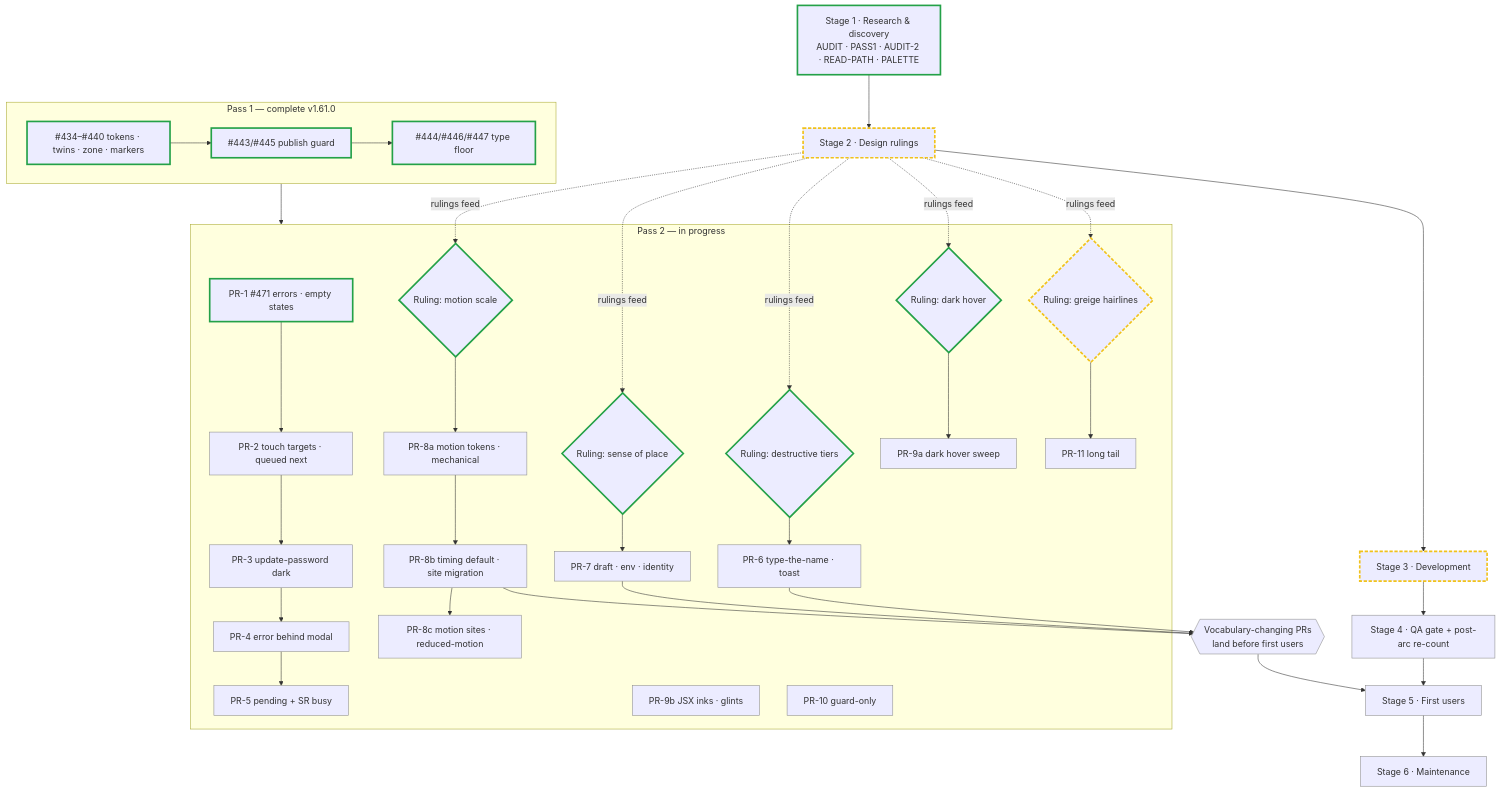
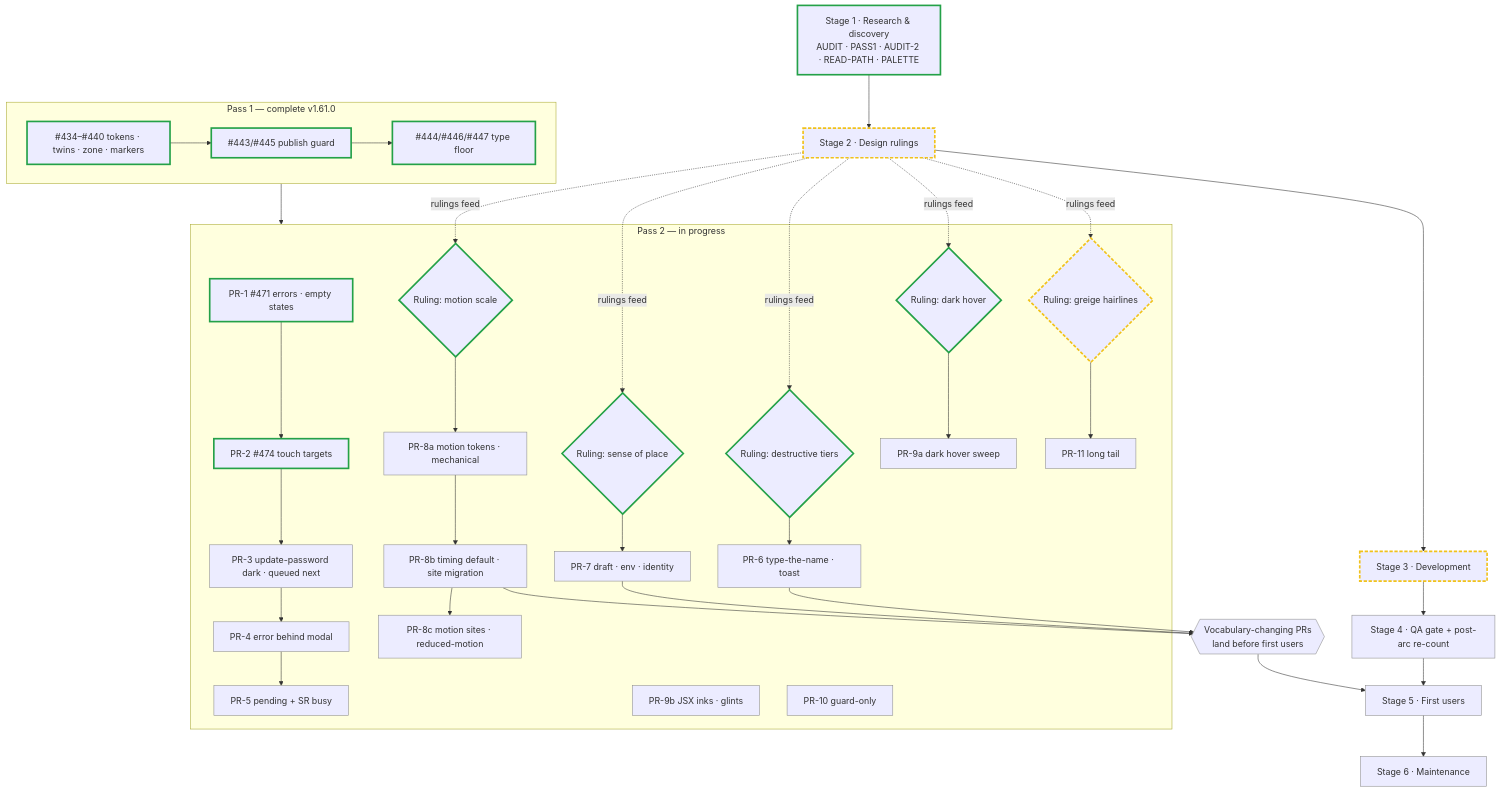
Before and after one commit to pmeglaw/seat-planner: the diagram in docs/design-system/PLAN.md, drawn with Mermaid. The commit also changed other lines of this file and 20 other files, not shown here.

First line of the commit message:
fix(a11y): 44px touch targets off the map canvas (PR-2, F-SP-4) (#474)

````diff
--- a/docs/design-system/PLAN.md
+++ b/docs/design-system/PLAN.md
@@ -13,39 +13,39 @@
 ```mermaid
 flowchart TD
   classDef done stroke-width:3px,stroke:#24a148
   classDef wip stroke-width:3px,stroke-dasharray:6 3,stroke:#f1c21b
   classDef todo stroke-width:1px,stroke:#8d8d8d
 
   S1[Stage 1 · Research & discovery<br/>AUDIT · PASS1 · AUDIT-2 · READ-PATH · PALETTE]:::done
   S2[Stage 2 · Design rulings]:::wip
   S3[Stage 3 · Development]:::wip
   S4[Stage 4 · QA gate + post-arc re-count]:::todo
   S5[Stage 5 · First users]:::todo
   S6[Stage 6 · Maintenance]:::todo
 
   S1 --> S2 --> S3 --> S4 --> S5 --> S6
 
   subgraph P1[Pass 1 — complete v1.61.0]
     A[#434–#440 tokens · twins · zone · markers]:::done --> B[#443/#445 publish guard]:::done --> C[#444/#446/#447 type floor]:::done
   end
 
   subgraph P2[Pass 2 — in progress]
     PR1[PR-1 #471 errors · empty states]:::done
-    PR2[PR-2 touch targets · queued next]:::todo
-    PR3[PR-3 update-password dark]:::todo
+    PR2[PR-2 #474 touch targets]:::done
+    PR3[PR-3 update-password dark · queued next]:::todo
     PR4[PR-4 error behind modal]:::todo
     PR5[PR-5 pending + SR busy]:::todo
     R1{Ruling: destructive tiers}:::done --> PR6[PR-6 type-the-name · toast]:::todo
     R2{Ruling: sense of place}:::done --> PR7[PR-7 draft · env · identity]:::todo
     R3{Ruling: motion scale}:::done --> PR8a[PR-8a motion tokens · mechanical]:::todo --> PR8b[PR-8b timing default · site migration]:::todo --> PR8c[PR-8c motion sites · reduced-motion]:::todo
     R4{Ruling: dark hover}:::done --> PR9a[PR-9a dark hover sweep]:::todo
     R5{Ruling: greige hairlines}:::wip --> PR11[PR-11 long tail]:::todo
     PR9b[PR-9b JSX inks · glints]:::todo
     PR10[PR-10 guard-only]:::todo
     PR1 --> PR2 --> PR3 --> PR4 --> PR5
   end
 
   P1 --> P2
   S2 -. rulings feed .-> R1 & R2 & R3 & R4 & R5
   PR6 & PR7 & PR8b --> GATE{{Vocabulary-changing PRs<br/>land before first users}}:::todo --> S5
 ```
````
